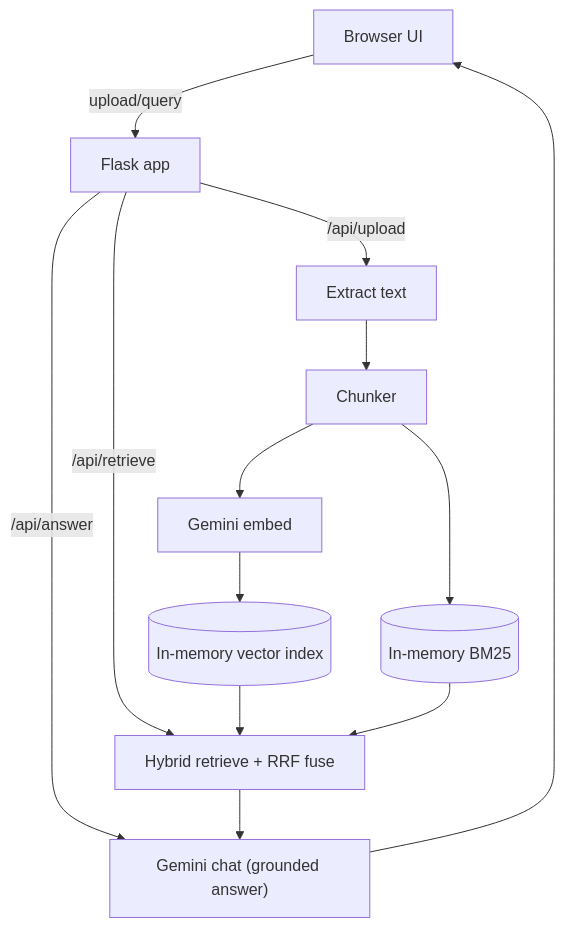
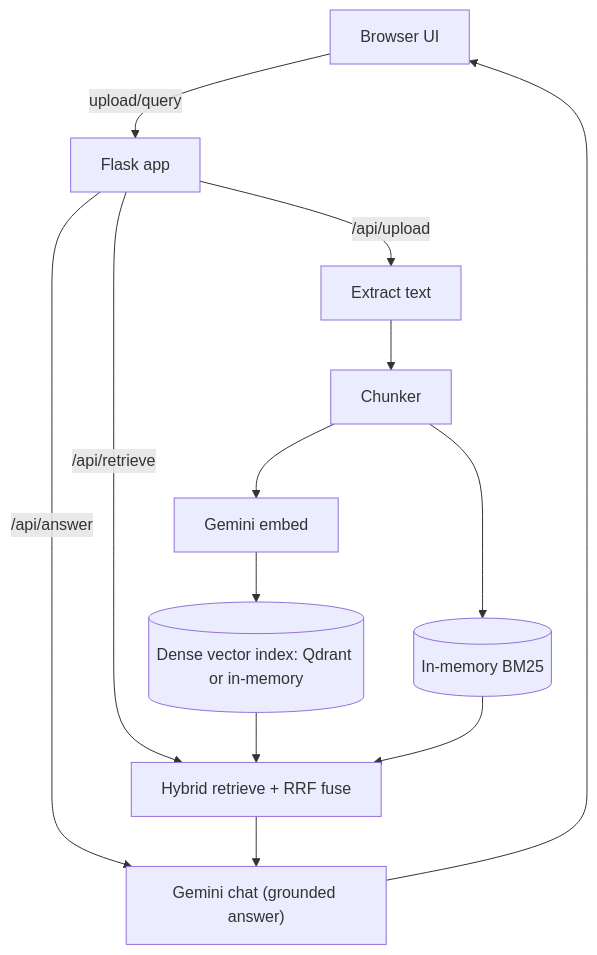
One commit to shfahiim/rag-console changed the diagram in README.md. Above: the diagram before and after it, drawn with Mermaid. The commit also changed other lines of this file and 6 other files, not shown here.

Commit message:
Add Qdrant dense index and embed RPM throttle

````diff
--- a/README.md
+++ b/README.md
@@ -13,15 +14,15 @@
 ```mermaid
 flowchart TD
   UI[Browser UI] -->|upload/query| API[Flask app]
   API -->|/api/upload| X[Extract text]
   X --> C[Chunker]
   C --> E[Gemini embed]
-  E --> V[(In-memory vector index)]
+  E --> V[(Dense vector index: Qdrant or in-memory)]
   C --> B[(In-memory BM25)]
   API -->|/api/retrieve| R[Hybrid retrieve + RRF fuse]
   V --> R
   B --> R
   API -->|/api/answer| L["Gemini chat (grounded answer)"]
   R --> L
   L --> UI
 ```
````
